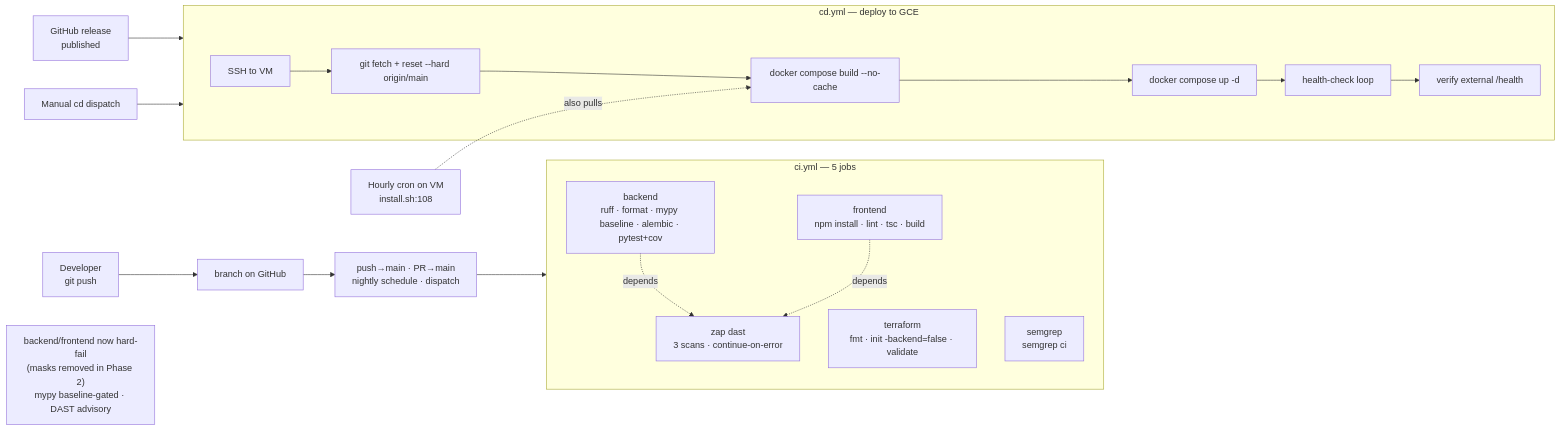
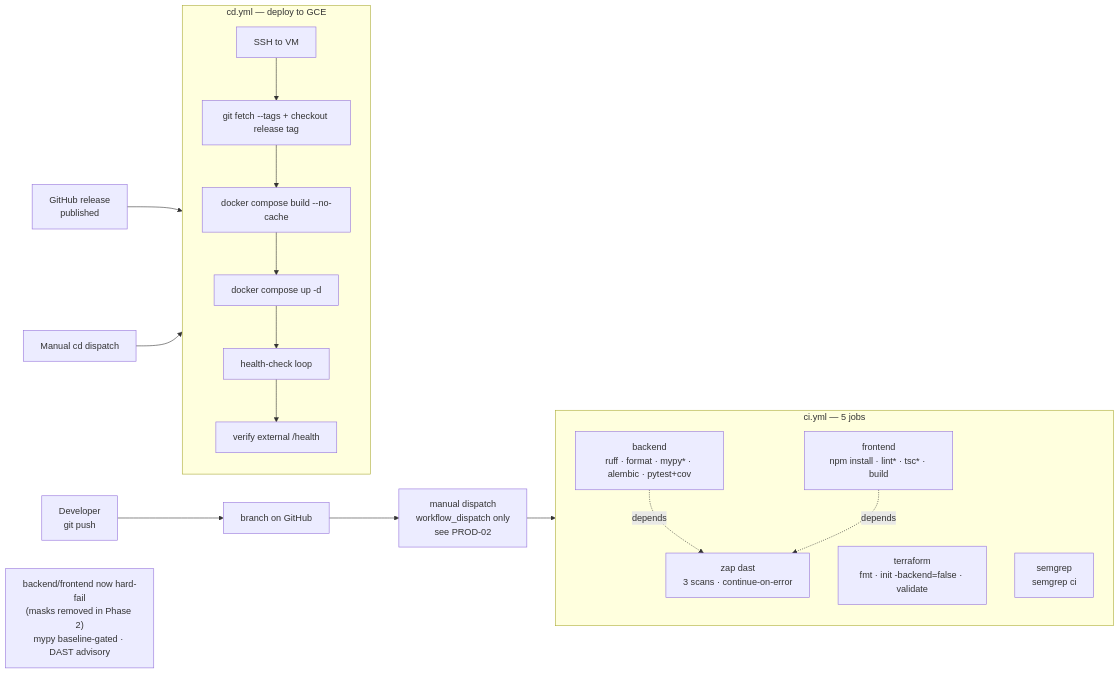
The diagram in docs/12-pipelines-cicd.md (Cyber-Solutions-MD/getvul), drawn with Mermaid before and after one commit. The commit also changed other lines of this file and 4 other files, not shown here.

````diff
--- a/docs/12-pipelines-cicd.md
+++ b/docs/12-pipelines-cicd.md
@@ -7,32 +7,30 @@
 ```mermaid
 flowchart LR
     DEV[Developer<br/>git push] --> BR[branch on GitHub]
-    BR --> WD[push→main · PR→main<br/>nightly schedule · dispatch]
+    BR --> WD[manual dispatch<br/>workflow_dispatch only<br/>see PROD-02]
     WD --> CI
 
     subgraph CI [ci.yml — 5 jobs]
-        BE[backend<br/>ruff · format · mypy baseline · alembic · pytest+cov]
-        FE[frontend<br/>npm install · lint · tsc · build]
+        BE[backend<br/>ruff · format · mypy* · alembic · pytest+cov]
+        FE[frontend<br/>npm install · lint* · tsc* · build]
         TF[terraform<br/>fmt · init -backend=false · validate]
         SAST[semgrep<br/>semgrep ci]
         DAST[zap dast<br/>3 scans · continue-on-error]
         BE & FE -.depends.-> DAST
     end
 
     REL[GitHub release<br/>published] --> CD
     MANUAL[Manual cd dispatch] --> CD
 
     subgraph CD [cd.yml — deploy to GCE]
         SSH[SSH to VM]
-        PULL[git fetch + reset --hard origin/main]
+        PULL[git fetch --tags + checkout release tag]
         BUILD[docker compose build --no-cache]
         UP[docker compose up -d]
         HC[health-check loop]
         VER[verify external /health]
         SSH --> PULL --> BUILD --> UP --> HC --> VER
     end
 
-    CRON[Hourly cron on VM<br/>install.sh:108] -.also pulls.-> BUILD
-
     note["backend/frontend now hard-fail<br/>(masks removed in Phase 2)<br/>mypy baseline-gated · DAST advisory"]
 ```
````
